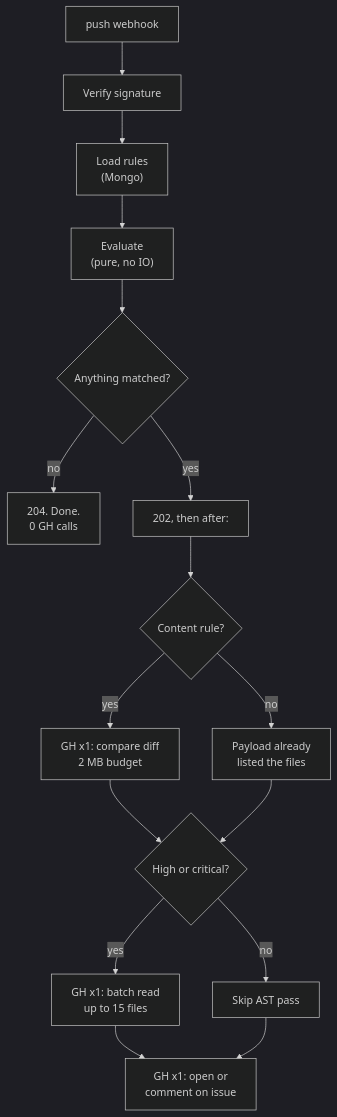
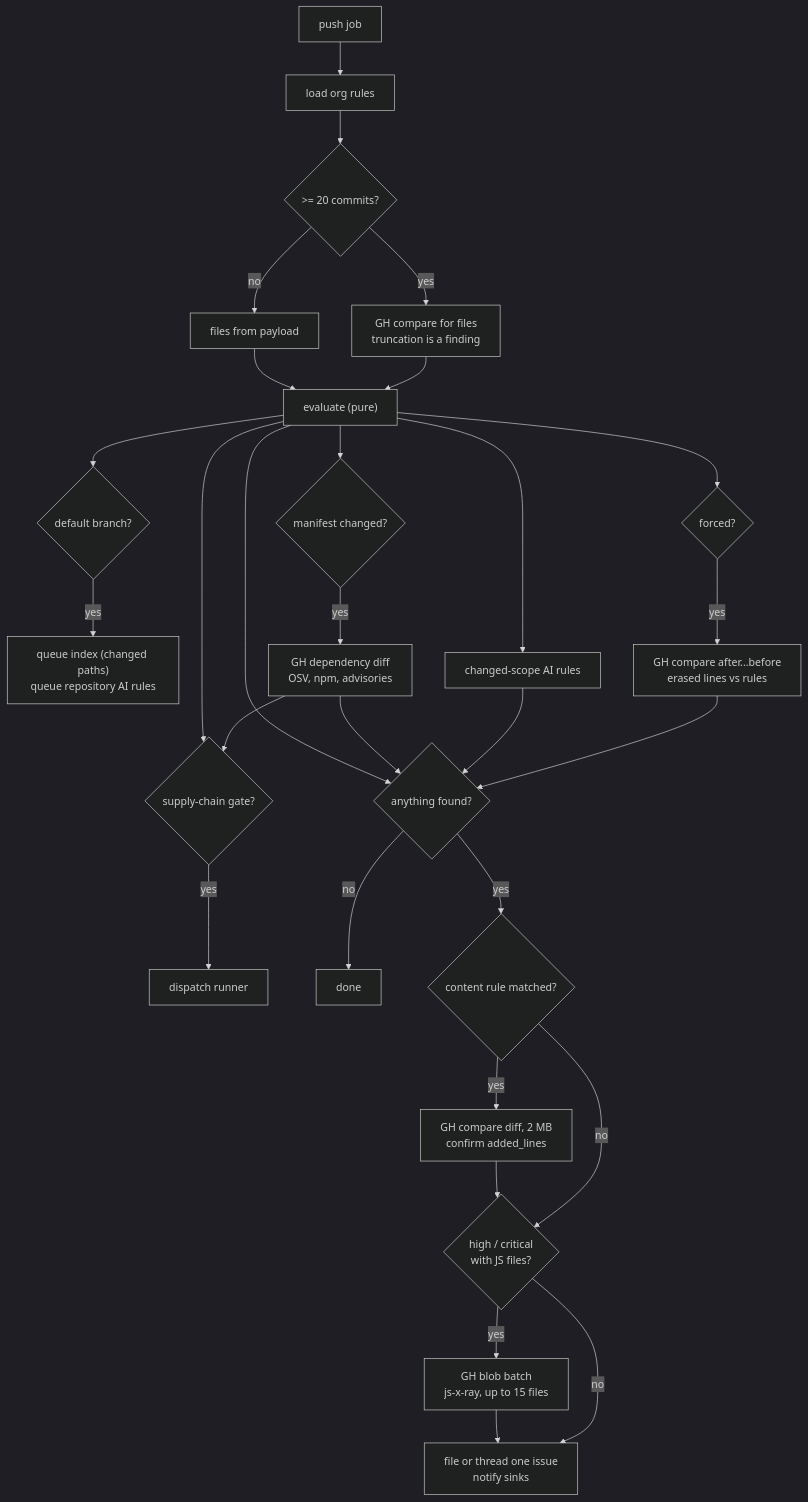
Before and after one commit to saadiqayyum/Pushguard: the fourth of 9 diagrams in RUNTIME.md, drawn with Mermaid (dark theme). The commit also changed other lines of this file and 685 other files, not shown here.

````diff
--- a/RUNTIME.md
+++ b/RUNTIME.md
@@ -31,18 +93,31 @@
 ```mermaid
 flowchart TD
-  A[push webhook] --> B[Verify signature]
-  B --> C["Load rules<br/>(Mongo)"]
-  C --> D["Evaluate<br/>(pure, no IO)"]
-  D --> E{Anything matched?}
-  E -->|no| F[204. Done.<br/>0 GH calls]
-  E -->|yes| G["202, then after:"]
-  G --> H{Content rule?}
-  H -->|yes| I["GH x1: compare diff<br/>2 MB budget"]
-  H -->|no| J[Payload already<br/>listed the files]
-  I --> K{High or critical?}
-  J --> K
-  K -->|yes| L["GH x1: batch read<br/>up to 15 files"]
-  K -->|no| M[Skip AST pass]
-  L --> N["GH x1: open or<br/>comment on issue"]
-  M --> N
+  A[push job] --> B[load org rules]
+  B --> C{">= 20 commits?"}
+  C -->|yes| D["GH compare for files<br/>truncation is a finding"]
+  C -->|no| E[files from payload]
+  D --> F["evaluate (pure)"]
+  E --> F
+  F --> G{default branch?}
+  G -->|yes| H["queue index (changed paths)<br/>queue repository AI rules"]
+  F --> I{forced?}
+  I -->|yes| J["GH compare after...before<br/>erased lines vs rules"]
+  F --> K["changed-scope AI rules"]
+  F --> L{"manifest changed?"}
+  L -->|yes| M["GH dependency diff<br/>OSV, npm, advisories"]
+  M --> N{"supply-chain gate?"}
+  F --> N
+  N -->|yes| O[dispatch runner]
+  J --> P{anything found?}
+  K --> P
+  M --> P
+  F --> P
+  P -->|no| Z[done]
+  P -->|yes| R{"content rule matched?"}
+  R -->|yes| S["GH compare diff, 2 MB<br/>confirm added_lines"]
+  R -->|no| T
+  S --> T{"high / critical<br/>with JS files?"}
+  T -->|yes| U["GH blob batch<br/>js-x-ray, up to 15 files"]
+  T -->|no| Q
+  U --> Q["file or thread one issue<br/>notify sinks"]
 ```
````
